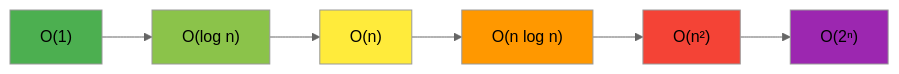
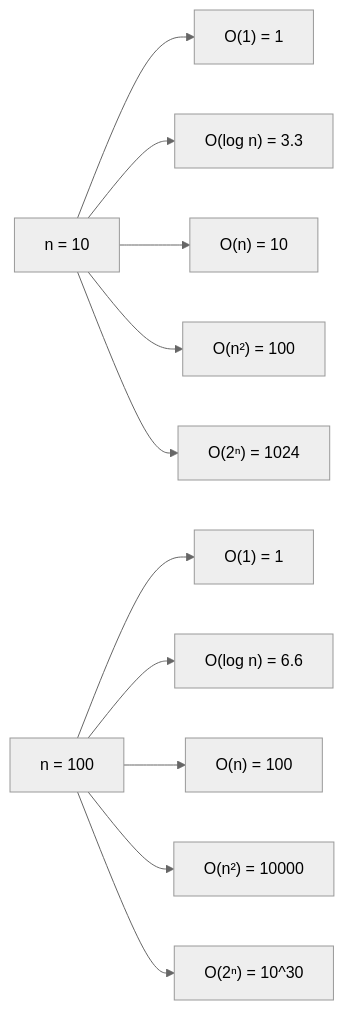
The second of 3 diagrams in src/content/soft-skills/dsa/bai-7.mdx (khieu-dv/vievlog), drawn with Mermaid (neutral theme) before and after one commit. The commit also changed other lines of this file and 8 other files, not shown here.

````diff
--- a/src/content/soft-skills/dsa/bai-7.mdx
+++ b/src/content/soft-skills/dsa/bai-7.mdx
@@ -71,15 +62,14 @@
 ```mermaid
 graph LR
-    A["O(1)"] --> B["O(log n)"]
-    B --> C["O(n)"]
-    C --> D["O(n log n)"]
-    D --> E["O(n²)"]
-    E --> F["O(2ⁿ)"]
-
-    style A fill:#4caf50
-    style B fill:#8bc34a
-    style C fill:#ffeb3b
-    style D fill:#ff9800
-    style E fill:#f44336
-    style F fill:#9c27b0
+    A["n = 10"] --> B["O(1) = 1"]
+    A --> C["O(log n) = 3.3"]
+    A --> D["O(n) = 10"]
+    A --> E["O(n²) = 100"]
+    A --> F["O(2ⁿ) = 1024"]
+    
+    G["n = 100"] --> H["O(1) = 1"]
+    G --> I["O(log n) = 6.6"]
+    G --> J["O(n) = 100"]
+    G --> K["O(n²) = 10000"]
+    G --> L["O(2ⁿ) = 10^30"]
 ```
````
